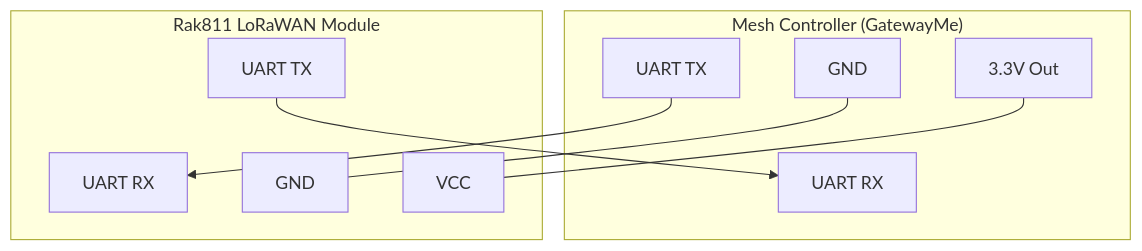
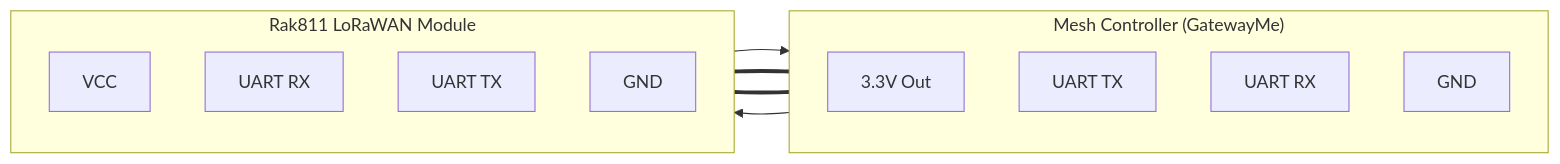
One commit to JohanScheepers/Sensors changed the diagram in GatewayMe/LoRaWAN/README.md. Above: the diagram before and after it, drawn with Mermaid.

Commit message:
Update on LoRaWan readme

````diff
--- a/GatewayMe/LoRaWAN/README.md
+++ b/GatewayMe/LoRaWAN/README.md
@@ -32,21 +32,26 @@
 ```mermaid
-graph TD
+graph LR
     subgraph Mesh_Controller ["Mesh Controller (GatewayMe)"]
+        direction TB
+        MCU_3V3["3.3V Out"]
         MCU_TX["UART TX"]
         MCU_RX["UART RX"]
         MCU_GND["GND"]
-        MCU_3V3["3.3V Out"]
     end
 
     subgraph Rak811 ["Rak811 LoRaWAN Module"]
+        direction TB
+        RAK_VCC["VCC"]
         RAK_RX["UART RX"]
         RAK_TX["UART TX"]
         RAK_GND["GND"]
-        RAK_VCC["VCC"]
     end
 
+    %% Power Connections
+    MCU_3V3 === RAK_VCC
+    MCU_GND === RAK_GND
+
+    %% Data Connections
     MCU_TX --> RAK_RX
     RAK_TX --> MCU_RX
-    MCU_GND --- RAK_GND
-    MCU_3V3 --- RAK_VCC
 ```
````
